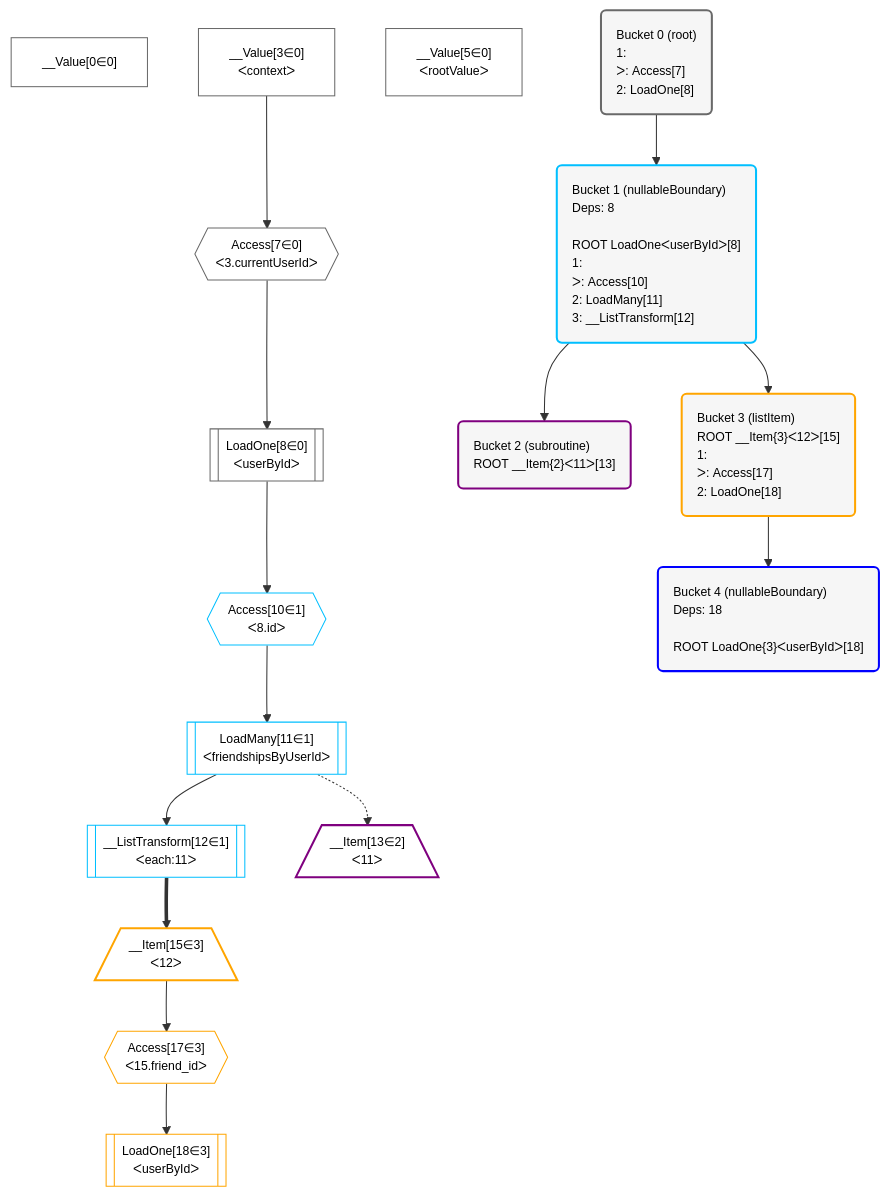
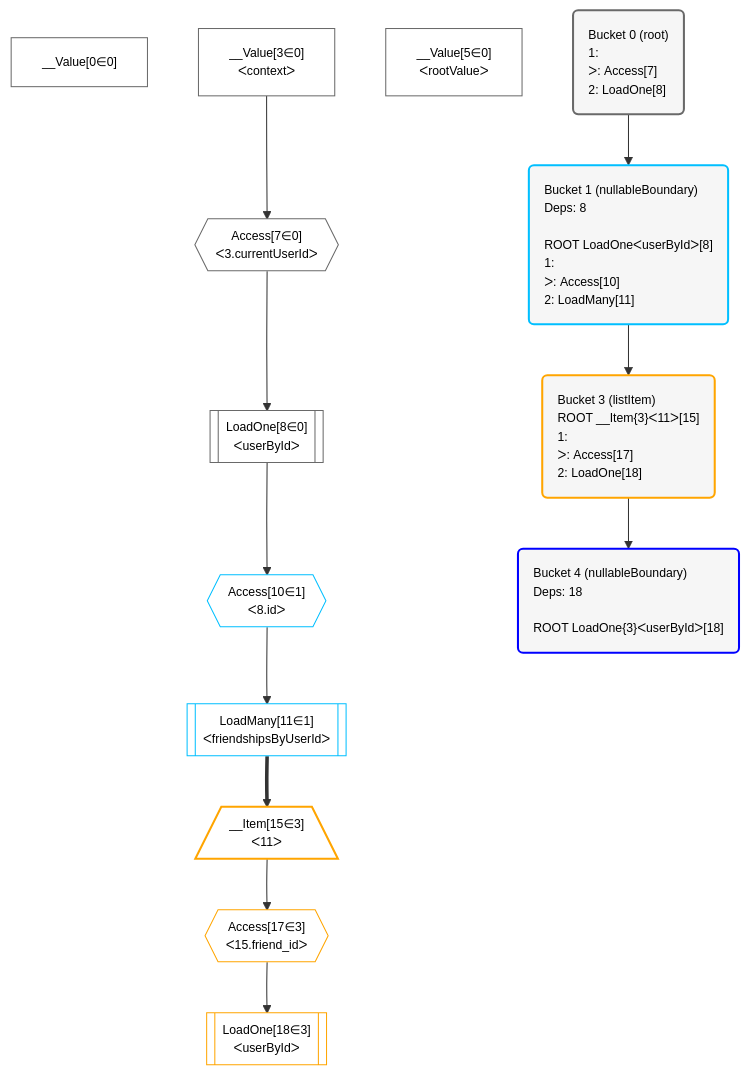
Before and after one commit to graphile/crystal: the diagram in grafast/website/examples/users-and-friends/plan.mermaid, drawn with Mermaid. The commit also changed 1 other file, not shown here.

```diff
--- a/grafast/website/examples/users-and-friends/plan.mermaid
+++ b/grafast/website/examples/users-and-friends/plan.mermaid
@@ -1,53 +1,46 @@
 %%{init: {'themeVariables': { 'fontSize': '12px'}}}%%
 flowchart TD
     classDef path fill:#eee,stroke:#000,color:#000
     classDef plan fill:#fff,stroke-width:1px,color:#000
     classDef itemplan fill:#fff,stroke-width:2px,color:#000
     classDef unbatchedplan fill:#dff,stroke-width:1px,color:#000
     classDef sideeffectplan fill:#fcc,stroke-width:2px,color:#000
     classDef bucket fill:#f6f6f6,color:#000,stroke-width:2px,text-align:left
 
 
     %% define steps
     __Value0["__Value[0∈0]"]:::plan
     __Value3["__Value[3∈0]<br />ᐸcontextᐳ"]:::plan
     __Value5["__Value[5∈0]<br />ᐸrootValueᐳ"]:::plan
     Access7{{"Access[7∈0]<br />ᐸ3.currentUserIdᐳ"}}:::plan
     LoadOne8[["LoadOne[8∈0]<br />ᐸuserByIdᐳ"]]:::plan
     Access10{{"Access[10∈1]<br />ᐸ8.idᐳ"}}:::plan
     LoadMany11[["LoadMany[11∈1]<br />ᐸfriendshipsByUserIdᐳ"]]:::plan
-    __ListTransform12[["__ListTransform[12∈1]<br />ᐸeach:11ᐳ"]]:::plan
-    __Item13[/"__Item[13∈2]<br />ᐸ11ᐳ"\]:::itemplan
-    __Item15[/"__Item[15∈3]<br />ᐸ12ᐳ"\]:::itemplan
+    __Item15[/"__Item[15∈3]<br />ᐸ11ᐳ"\]:::itemplan
     Access17{{"Access[17∈3]<br />ᐸ15.friend_idᐳ"}}:::plan
     LoadOne18[["LoadOne[18∈3]<br />ᐸuserByIdᐳ"]]:::plan
 
     %% plan dependencies
     __Value3 --> Access7
     Access7 --> LoadOne8
     LoadOne8 --> Access10
     Access10 --> LoadMany11
-    LoadMany11 --> __ListTransform12
-    LoadMany11 -.-> __Item13
-    __ListTransform12 ==> __Item15
+    LoadMany11 ==> __Item15
     __Item15 --> Access17
     Access17 --> LoadOne18
 
     Bucket0("Bucket 0 (root)<br />1: <br />ᐳ: Access[7]<br />2: LoadOne[8]"):::bucket
     classDef bucket0 stroke:#696969
     class Bucket0,__Value0,__Value3,__Value5,Access7,LoadOne8 bucket0
-    Bucket1("Bucket 1 (nullableBoundary)<br />Deps: 8<br /><br />ROOT LoadOneᐸuserByIdᐳ[8]<br />1: <br />ᐳ: Access[10]<br />2: LoadMany[11]<br />3: __ListTransform[12]"):::bucket
+    Bucket1("Bucket 1 (nullableBoundary)<br />Deps: 8<br /><br />ROOT LoadOneᐸuserByIdᐳ[8]<br />1: <br />ᐳ: Access[10]<br />2: LoadMany[11]"):::bucket
     classDef bucket1 stroke:#00bfff
-    class Bucket1,Access10,LoadMany11,__ListTransform12 bucket1
-    Bucket2("Bucket 2 (subroutine)<br />ROOT __Item{2}ᐸ11ᐳ[13]"):::bucket
-    classDef bucket2 stroke:#7f007f
-    class Bucket2,__Item13 bucket2
-    Bucket3("Bucket 3 (listItem)<br />ROOT __Item{3}ᐸ12ᐳ[15]<br />1: <br />ᐳ: Access[17]<br />2: LoadOne[18]"):::bucket
+    class Bucket1,Access10,LoadMany11 bucket1
+    Bucket3("Bucket 3 (listItem)<br />ROOT __Item{3}ᐸ11ᐳ[15]<br />1: <br />ᐳ: Access[17]<br />2: LoadOne[18]"):::bucket
     classDef bucket3 stroke:#ffa500
     class Bucket3,__Item15,Access17,LoadOne18 bucket3
     Bucket4("Bucket 4 (nullableBoundary)<br />Deps: 18<br /><br />ROOT LoadOne{3}ᐸuserByIdᐳ[18]"):::bucket
     classDef bucket4 stroke:#0000ff
     class Bucket4 bucket4
     Bucket0 --> Bucket1
-    Bucket1 --> Bucket2 & Bucket3
+    Bucket1 --> Bucket3
     Bucket3 --> Bucket4
```
